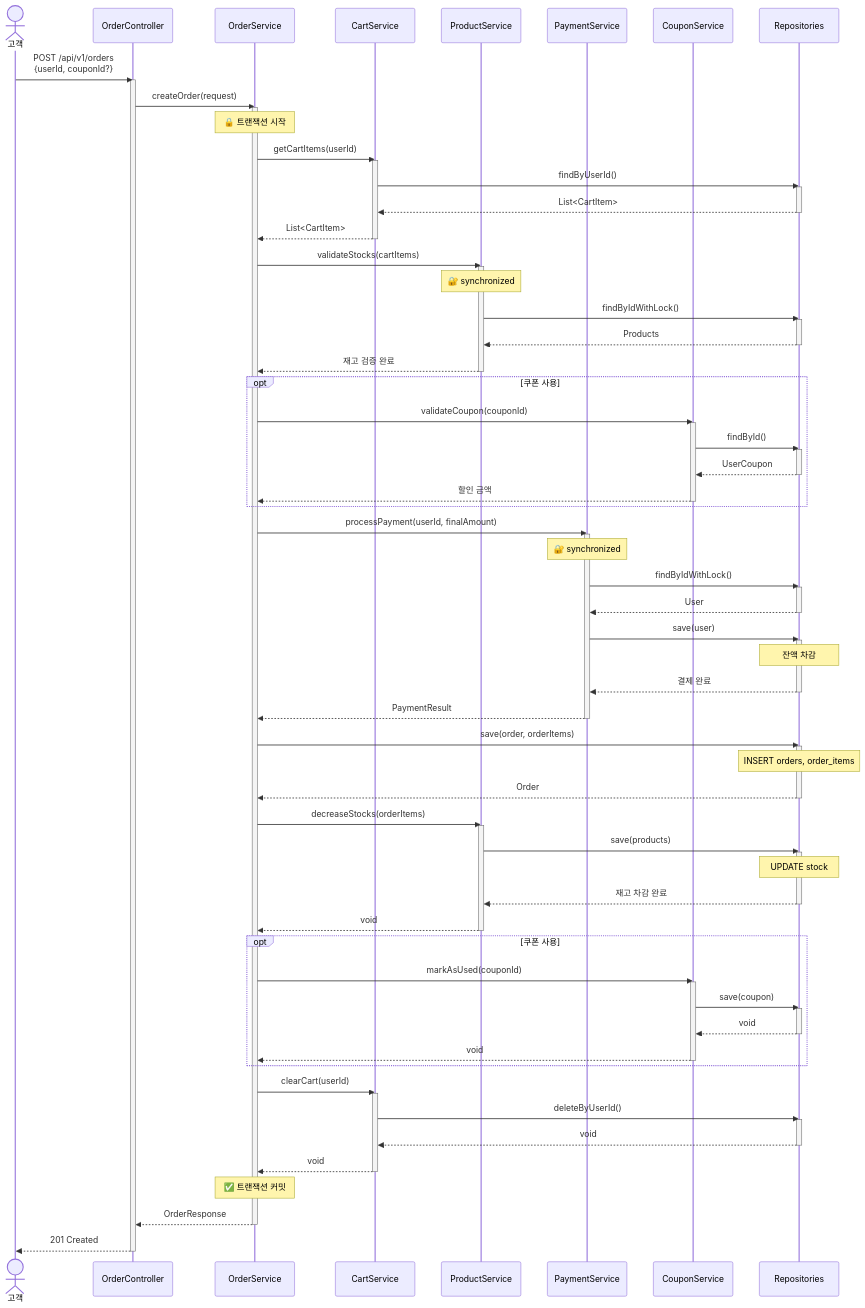
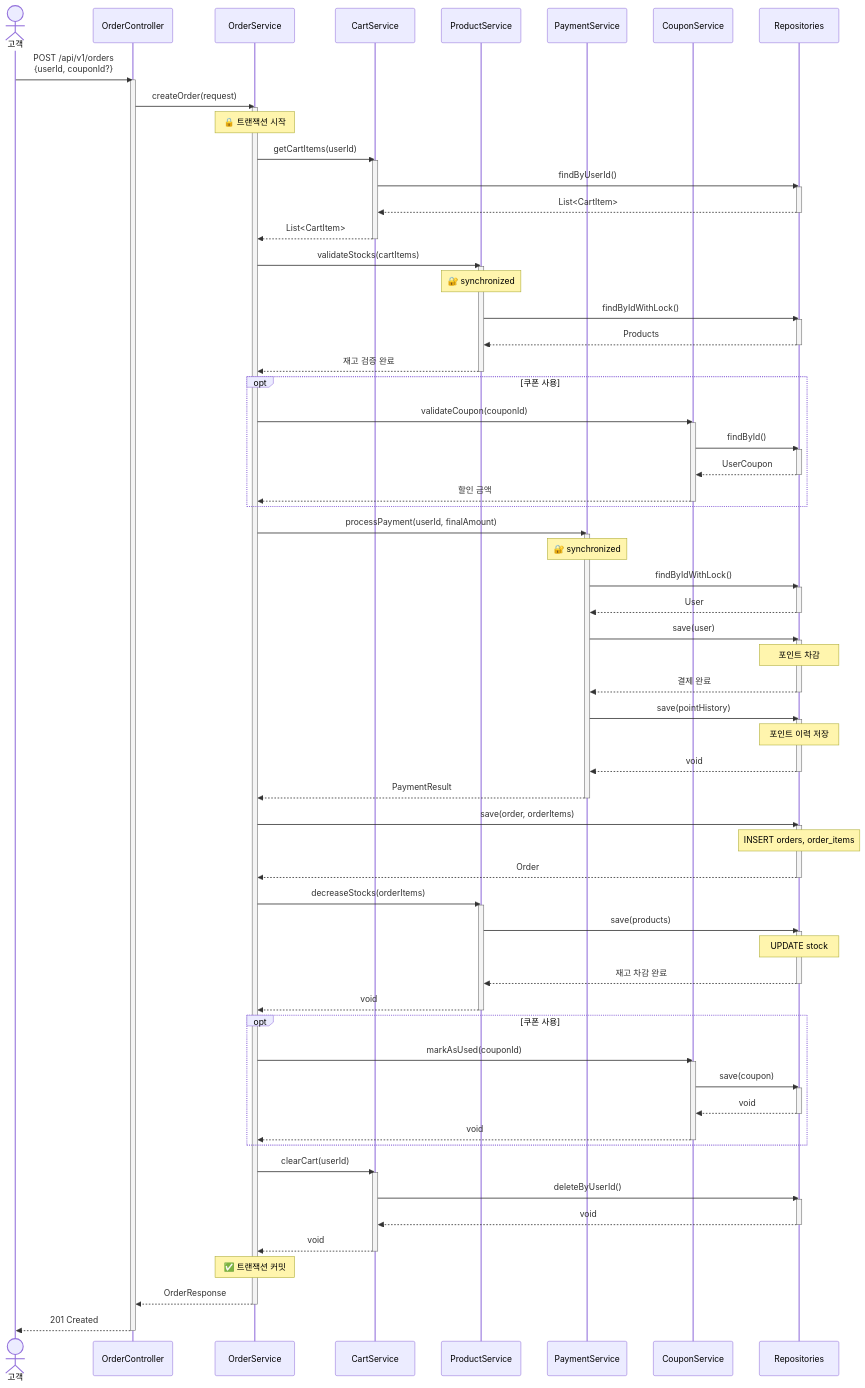
One commit to jaedeokhan/start-study changed the fifth of 8 diagrams in ecommerce/docs/api/sequence-diagrams.md. Above: the diagram before and after it, drawn with Mermaid. The commit also changed 5 other files, not shown here.

```diff
--- a/ecommerce/docs/api/sequence-diagrams.md
+++ b/ecommerce/docs/api/sequence-diagrams.md
@@ -229,7 +229,7 @@
         deactivate CouponService
     end
 
-    %% 4. 결제 처리 (동시성 제어)
+    %% 4. 포인트 결제 처리 (동시성 제어)
     OrderService->>PaymentService: processPayment(userId, finalAmount)
     activate PaymentService
     Note over PaymentService: 🔐 synchronized
@@ -239,8 +239,13 @@
     deactivate Repositories
     PaymentService->>Repositories: save(user)
     activate Repositories
-    Note over Repositories: 잔액 차감
+    Note over Repositories: 포인트 차감
     Repositories-->>PaymentService: 결제 완료
+    deactivate Repositories
+    PaymentService->>Repositories: save(pointHistory)
+    activate Repositories
+    Note over Repositories: 포인트 이력 저장
+    Repositories-->>PaymentService: void
     deactivate Repositories
     PaymentService-->>OrderService: PaymentResult
     deactivate PaymentService
```
